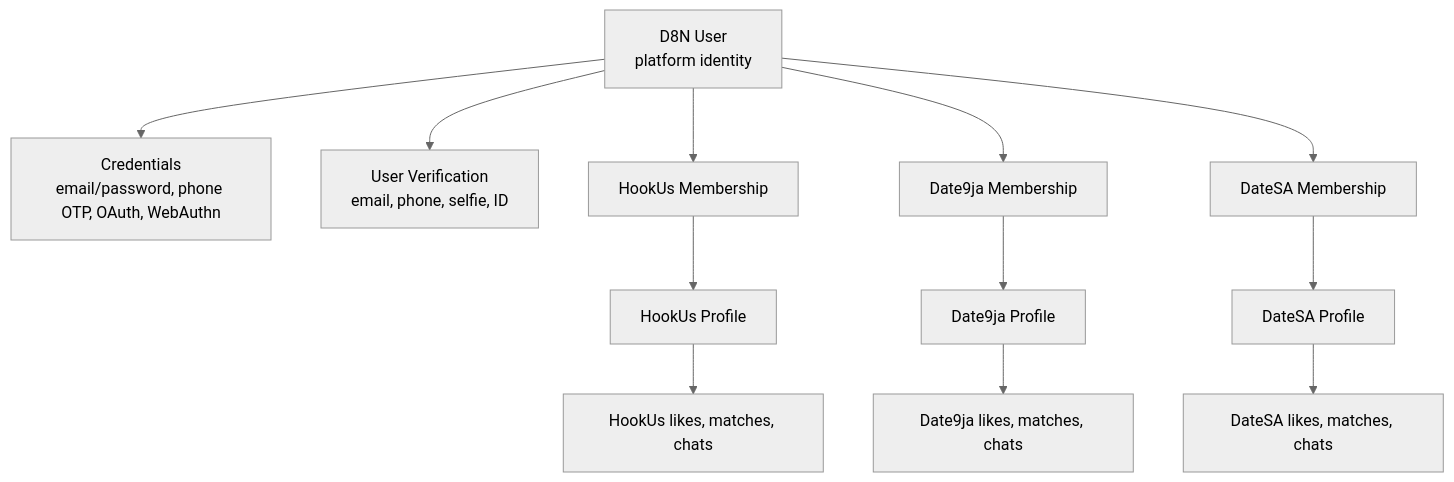
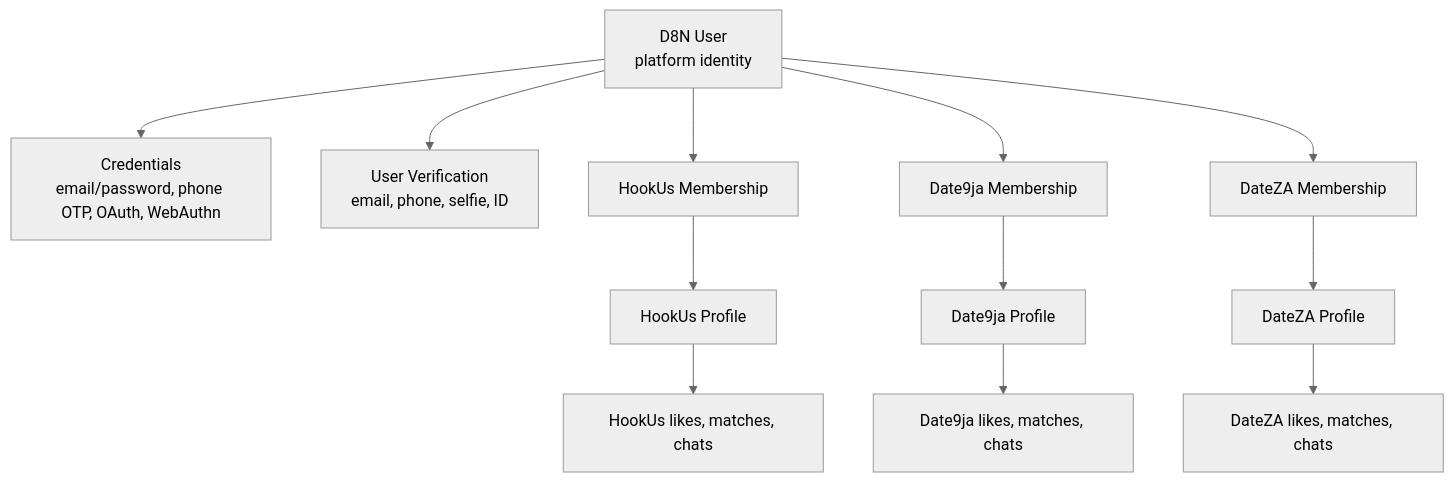
One commit to nwakauc/d8n changed the third of 8 diagrams in docs/ARCHITECTURE_DIAGRAMS.md. Above: the diagram before and after it, drawn with Mermaid (neutral theme). The commit also changed other lines of this file and 59 other files, not shown here.

````diff
--- a/docs/ARCHITECTURE_DIAGRAMS.md
+++ b/docs/ARCHITECTURE_DIAGRAMS.md
@@ -53,19 +53,19 @@
 ```mermaid
 flowchart TB
   User[D8N User<br/>platform identity]
 
   User --> Credentials[Credentials<br/>email/password, phone OTP, OAuth, WebAuthn]
   User --> Verification[User Verification<br/>email, phone, selfie, ID]
 
   User --> HookUsMembership[HookUs Membership]
   User --> Date9jaMembership[Date9ja Membership]
-  User --> DateSAMembership[DateSA Membership]
+  User --> DateZAMembership[DateZA Membership]
 
   HookUsMembership --> HookUsProfile[HookUs Profile]
   Date9jaMembership --> Date9jaProfile[Date9ja Profile]
-  DateSAMembership --> DateSAProfile[DateSA Profile]
+  DateZAMembership --> DateZAProfile[DateZA Profile]
 
   HookUsProfile --> HookUsActivity[HookUs likes, matches, chats]
   Date9jaProfile --> Date9jaActivity[Date9ja likes, matches, chats]
-  DateSAProfile --> DateSAActivity[DateSA likes, matches, chats]
+  DateZAProfile --> DateZAActivity[DateZA likes, matches, chats]
 ```
````
